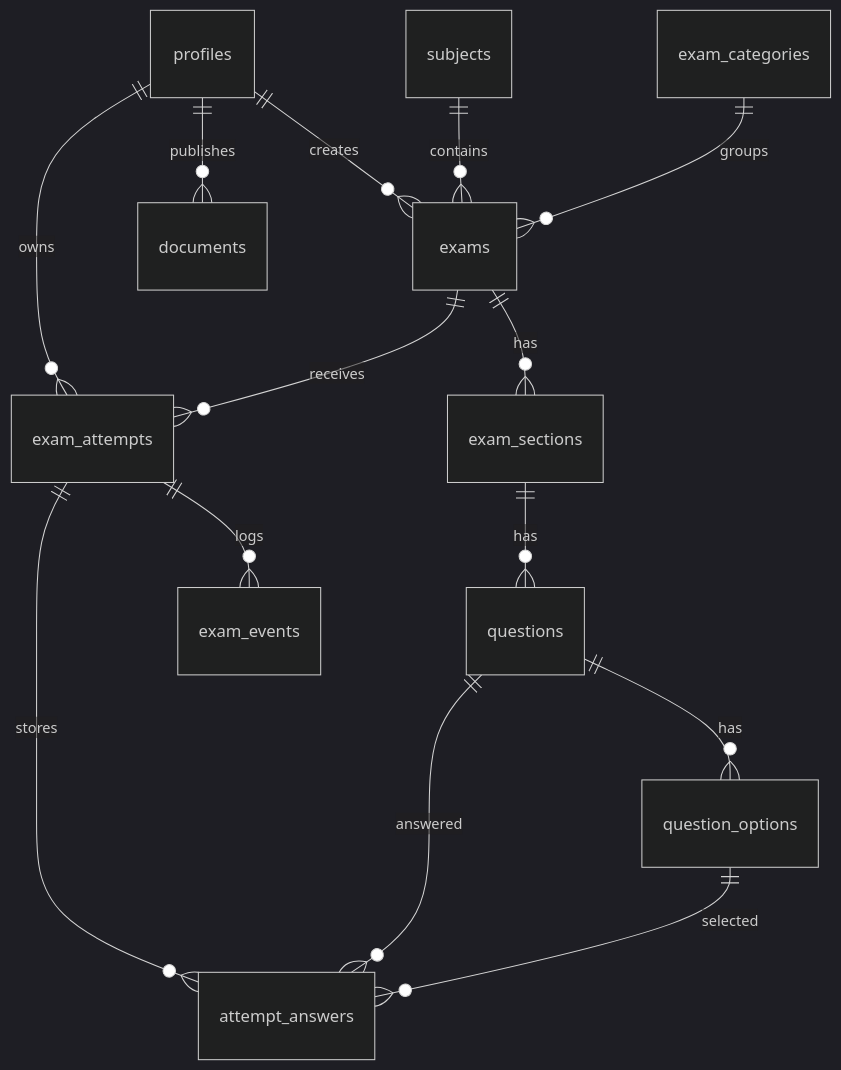
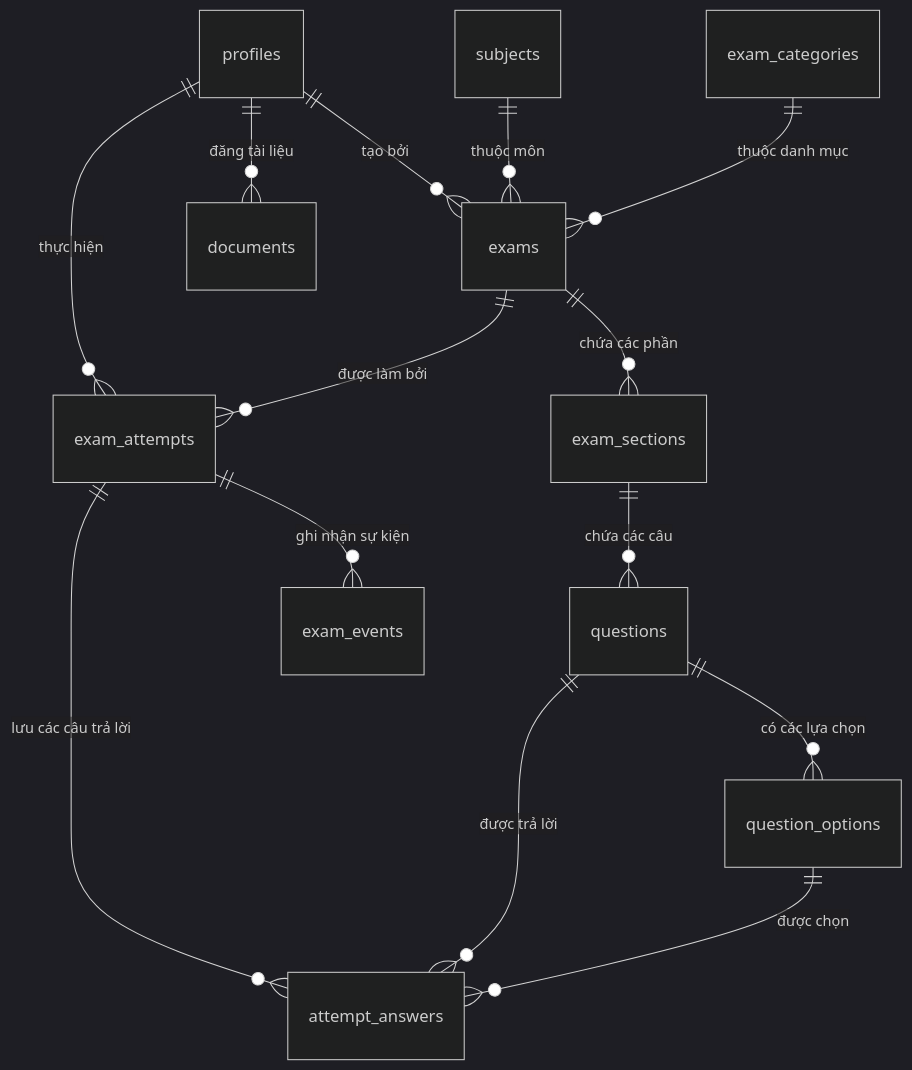
The diagram in docs/database-schema.md (DXT0509/ExamWeb), drawn with Mermaid (dark theme) before and after one commit. The commit also changed other lines of this file and 166 other files, not shown here.

````diff
--- a/docs/database-schema.md
+++ b/docs/database-schema.md
@@ -25,16 +34,18 @@
 ```mermaid
 erDiagram
-  profiles ||--o{ exams : creates
-  subjects ||--o{ exams : contains
-  exam_categories ||--o{ exams : groups
-  exams ||--o{ exam_sections : has
-  exam_sections ||--o{ questions : has
-  questions ||--o{ question_options : has
-  profiles ||--o{ exam_attempts : owns
-  exams ||--o{ exam_attempts : receives
-  exam_attempts ||--o{ attempt_answers : stores
-  questions ||--o{ attempt_answers : answered
-  question_options ||--o{ attempt_answers : selected
-  exam_attempts ||--o{ exam_events : logs
-  profiles ||--o{ documents : publishes
+  profiles ||--o{ exams : "tạo bởi"
+  subjects ||--o{ exams : "thuộc môn"
+  exam_categories ||--o{ exams : "thuộc danh mục"
+  exams ||--o{ exam_sections : "chứa các phần"
+  exam_sections ||--o{ questions : "chứa các câu"
+  questions ||--o{ question_options : "có các lựa chọn"
+  
+  profiles ||--o{ exam_attempts : "thực hiện"
+  exams ||--o{ exam_attempts : "được làm bởi"
+  exam_attempts ||--o{ attempt_answers : "lưu các câu trả lời"
+  questions ||--o{ attempt_answers : "được trả lời"
+  question_options ||--o{ attempt_answers : "được chọn"
+  exam_attempts ||--o{ exam_events : "ghi nhận sự kiện"
+  
+  profiles ||--o{ documents : "đăng tài liệu"
 ```
````
